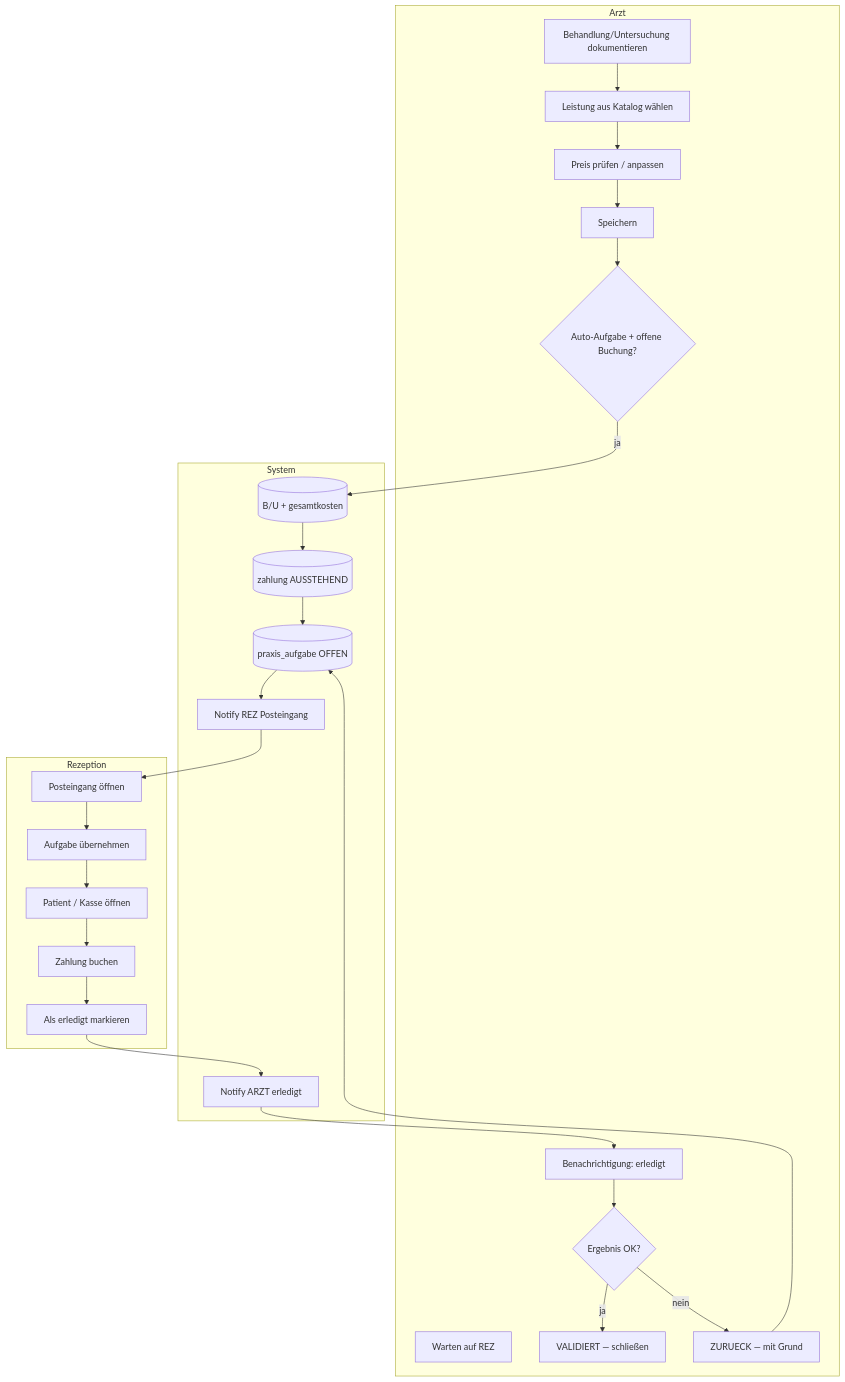
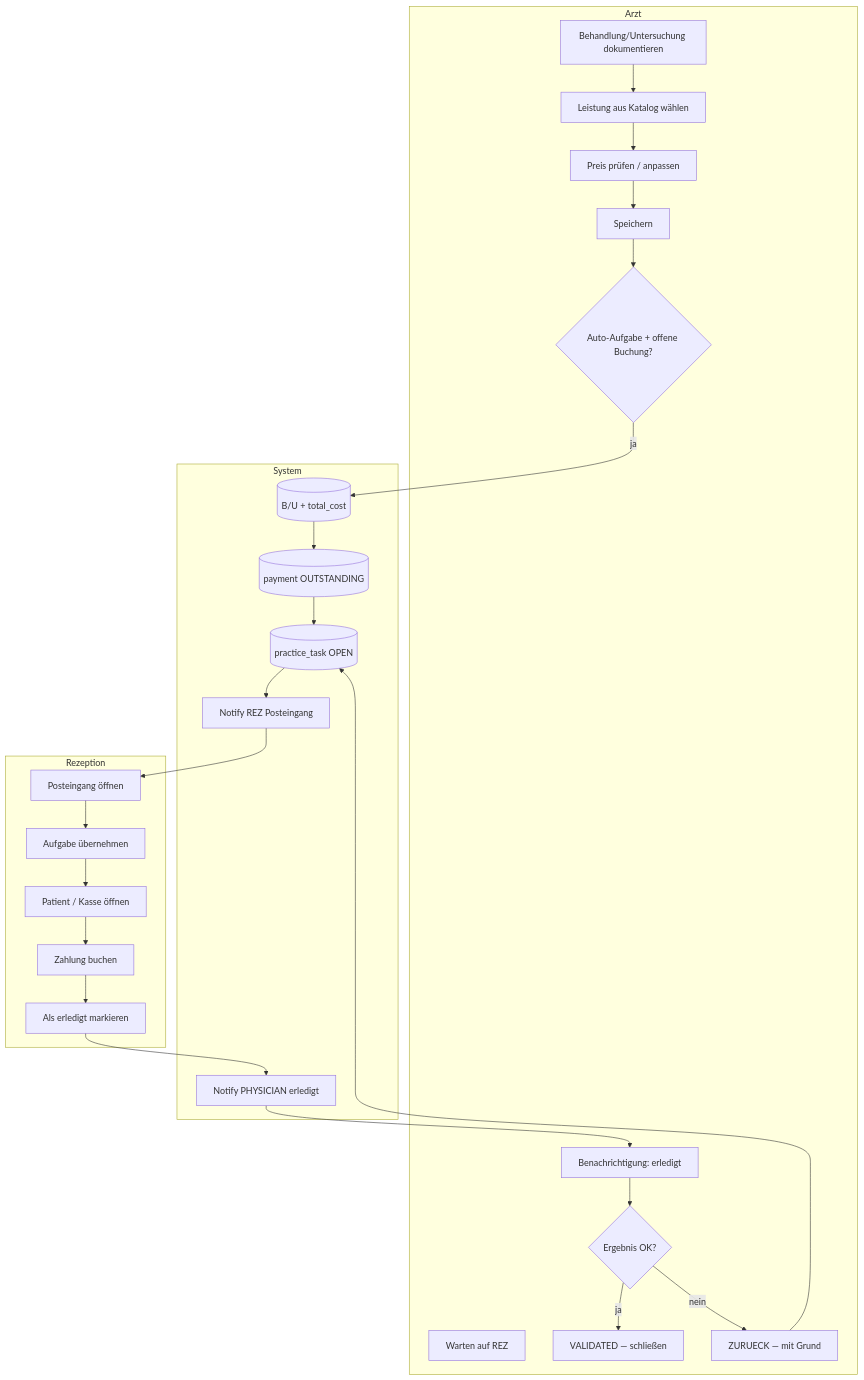
Before and after one commit to Achrafbennanizia/Medoc: the fourth of 4 diagrams in docs/uml/09-aufgaben-leistung-kollaboration.md, drawn with Mermaid. The commit also changed other lines of this file and 1081 other files, not shown here.

````diff
--- a/docs/uml/09-aufgaben-leistung-kollaboration.md
+++ b/docs/uml/09-aufgaben-leistung-kollaboration.md
@@ -120,38 +120,38 @@
 ```mermaid
 flowchart TB
-    subgraph ARZT["Arzt"]
+    subgraph PHYSICIAN["Arzt"]
         A1[Behandlung/Untersuchung dokumentieren]
         A2[Leistung aus Katalog wählen]
         A3[Preis prüfen / anpassen]
         A4[Speichern]
         A5{Auto-Aufgabe + offene Buchung?}
         A6[Warten auf REZ]
         A7[Benachrichtigung: erledigt]
         A8{Ergebnis OK?}
-        A9[VALIDIERT — schließen]
+        A9[VALIDATED — schließen]
         A10[ZURUECK — mit Grund]
     end
 
     subgraph SYS["System"]
-        S1[(B/U + gesamtkosten)]
-        S2[(zahlung AUSSTEHEND)]
-        S3[(praxis_aufgabe OFFEN)]
+        S1[(B/U + total_cost)]
+        S2[(payment OUTSTANDING)]
+        S3[(practice_task OPEN)]
         S4[Notify REZ Posteingang]
-        S5[Notify ARZT erledigt]
+        S5[Notify PHYSICIAN erledigt]
     end
 
     subgraph REZ["Rezeption"]
         R1[Posteingang öffnen]
         R2[Aufgabe übernehmen]
         R3[Patient / Kasse öffnen]
         R4[Zahlung buchen]
         R5[Als erledigt markieren]
     end
 
     A1 --> A2 --> A3 --> A4 --> A5
     A5 -->|ja| S1 --> S2 --> S3 --> S4
     S4 --> R1 --> R2 --> R3 --> R4 --> R5 --> S5
     S5 --> A7 --> A8
     A8 -->|ja| A9
     A8 -->|nein| A10 --> S3
 ```
````
